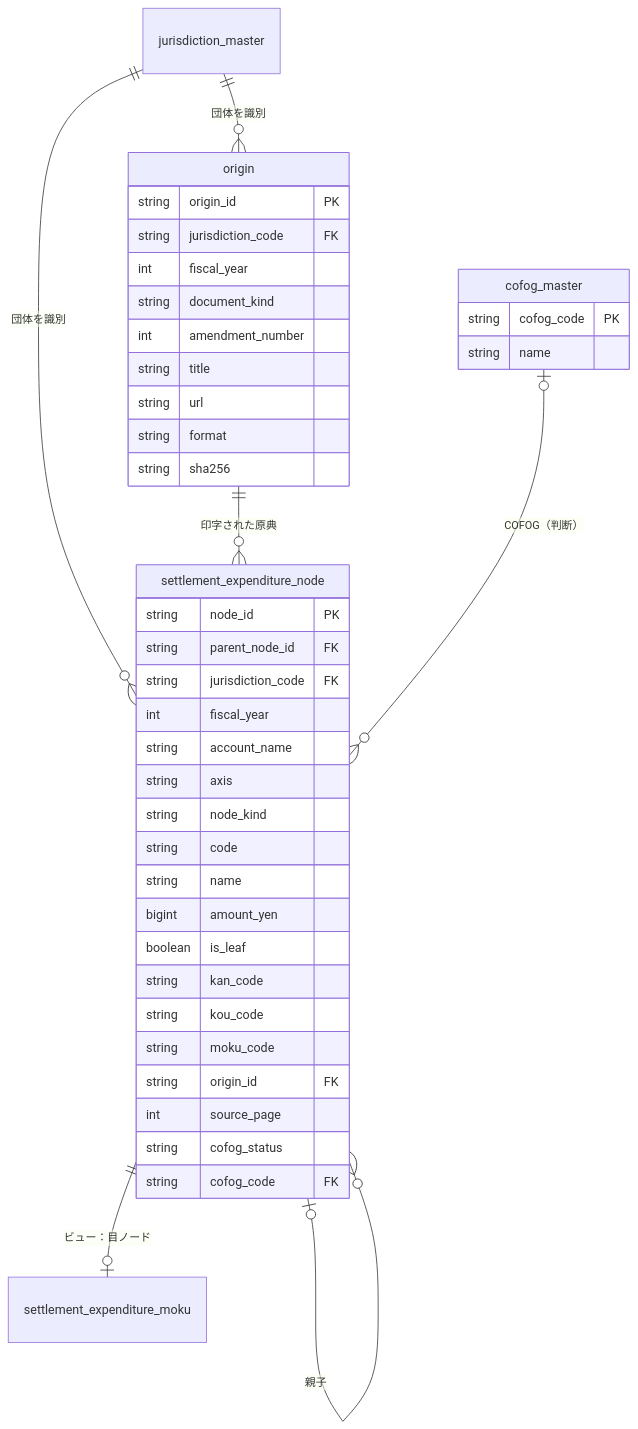
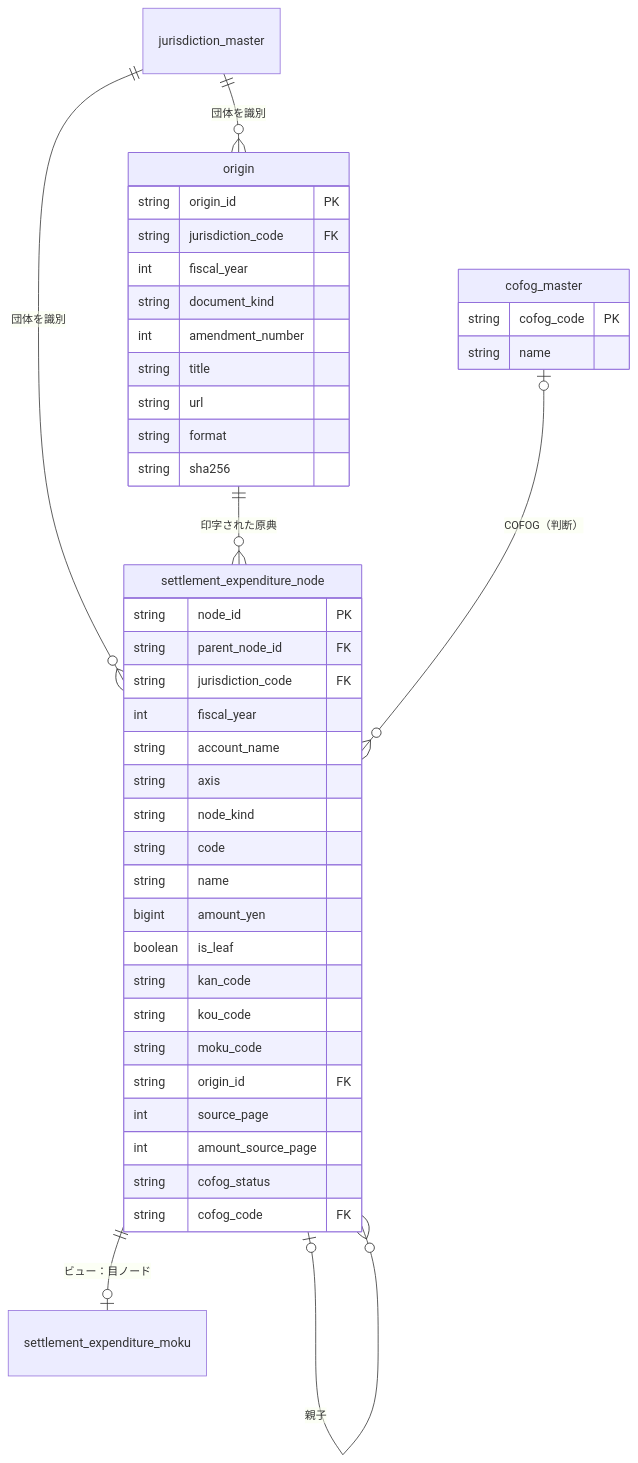
One commit to fudoki-hensansitu/fudoki changed the second of 2 diagrams in docs/prd/fiscal-dbt-models/design-doc.md. Above: the diagram before and after it, drawn with Mermaid. The commit also changed other lines of this file and 3 other files, not shown here.

````diff
--- a/docs/prd/fiscal-dbt-models/design-doc.md
+++ b/docs/prd/fiscal-dbt-models/design-doc.md
@@ -176,45 +181,46 @@
 ```mermaid
 erDiagram
   jurisdiction_master ||--o{ settlement_expenditure_node : "団体を識別"
   jurisdiction_master ||--o{ origin : "団体を識別"
   origin ||--o{ settlement_expenditure_node : "印字された原典"
   settlement_expenditure_node |o--o{ settlement_expenditure_node : "親子"
   cofog_master |o--o{ settlement_expenditure_node : "COFOG（判断）"
   settlement_expenditure_node ||--o| settlement_expenditure_moku : "ビュー：目ノード"
 
   settlement_expenditure_node {
     string node_id PK
     string parent_node_id FK
     string jurisdiction_code FK
     int fiscal_year
     string account_name
     string axis
     string node_kind
     string code
     string name
     bigint amount_yen
     boolean is_leaf
     string kan_code
     string kou_code
     string moku_code
     string origin_id FK
     int source_page
+    int amount_source_page
     string cofog_status
     string cofog_code FK
   }
   origin {
     string origin_id PK
     string jurisdiction_code FK
     int fiscal_year
     string document_kind
     int amendment_number
     string title
     string url
     string format
     string sha256
   }
   cofog_master {
     string cofog_code PK
     string name
   }
 ```
````
